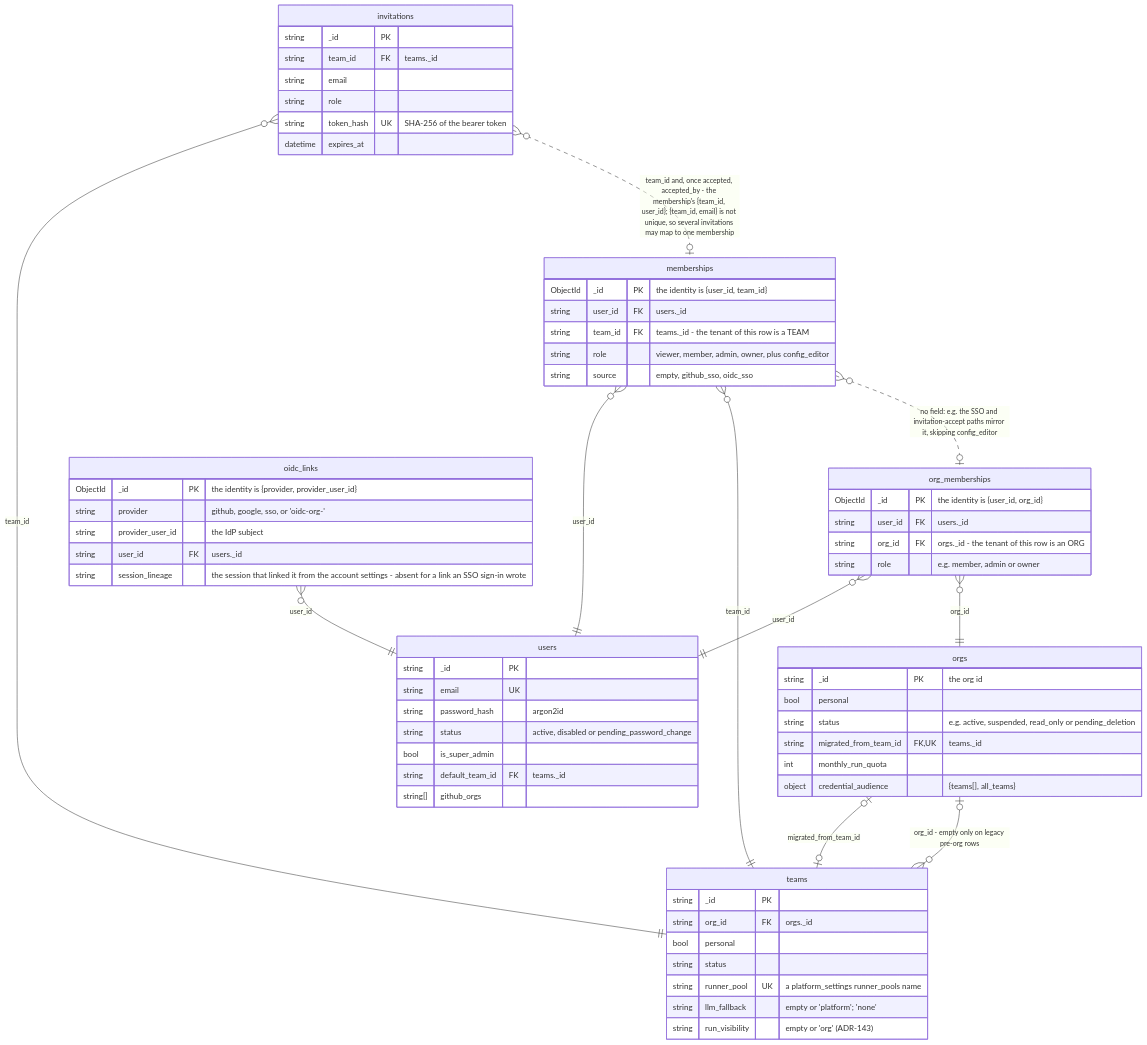
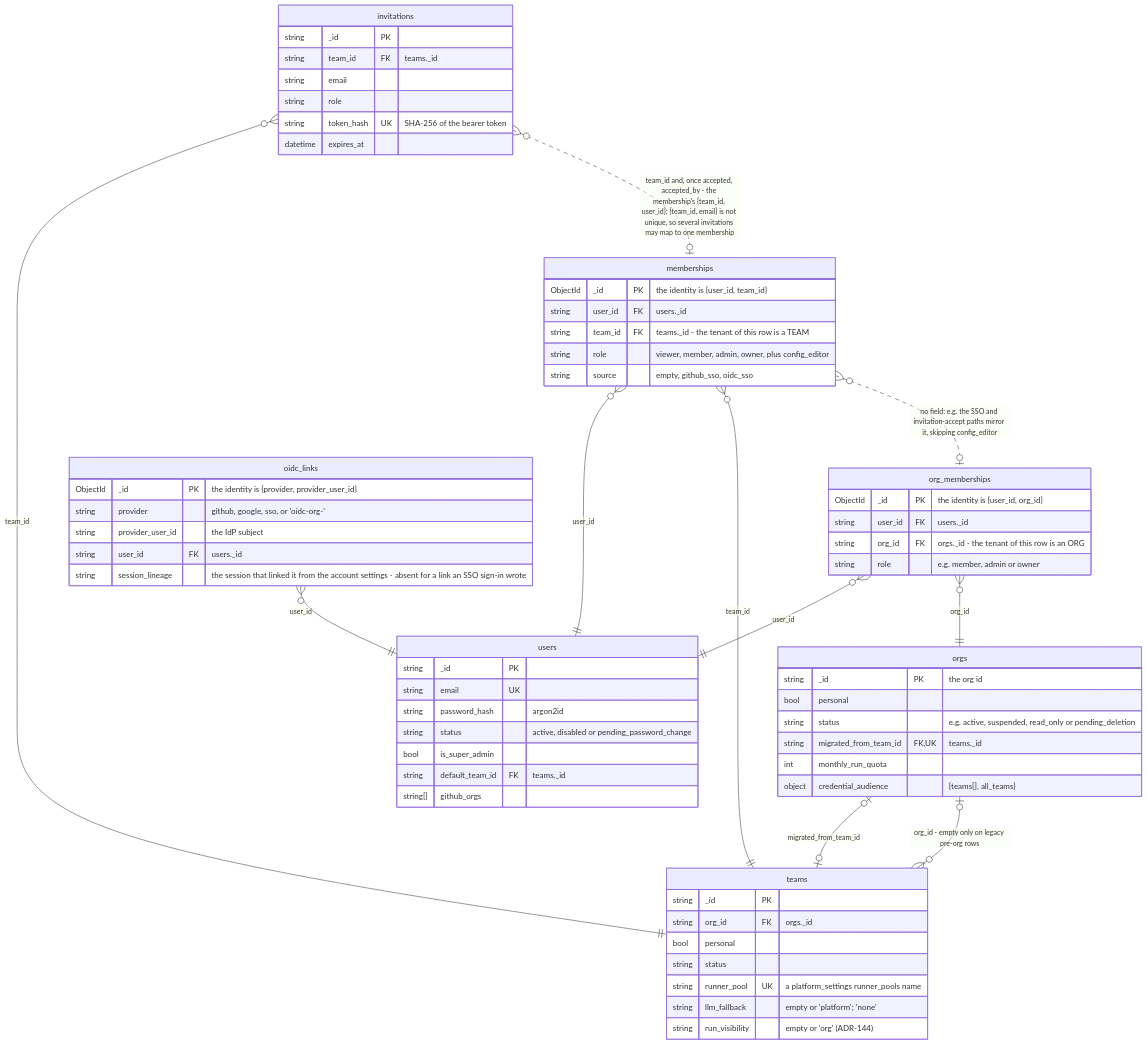
The first of 3 diagrams in docs/diagrams/data-model-identity.md (SocialGouv/iterion), drawn with Mermaid before and after one commit. The commit also changed 23 other files, not shown here.

````diff
--- a/docs/diagrams/data-model-identity.md
+++ b/docs/diagrams/data-model-identity.md
@@ -9,67 +9,67 @@
 ```mermaid
 erDiagram
     orgs {
         string _id PK "the org id"
         bool personal
         string status "e.g. active, suspended, read_only or pending_deletion"
         string migrated_from_team_id FK, UK "teams._id"
         int monthly_run_quota
         object credential_audience "{teams[], all_teams}"
     }
     teams {
         string _id PK
         string org_id FK "orgs._id"
         bool personal
         string status
         string runner_pool UK "a platform_settings runner_pools name"
         string llm_fallback "empty or 'platform'; 'none'"
-        string run_visibility "empty or 'org' (ADR-143)"
+        string run_visibility "empty or 'org' (ADR-144)"
     }
     users {
         string _id PK
         string email UK
         string password_hash "argon2id"
         string status "active, disabled or pending_password_change"
         bool is_super_admin
         string default_team_id FK "teams._id"
         string[] github_orgs
     }
     org_memberships {
         ObjectId _id PK "the identity is {user_id, org_id}"
         string user_id FK "users._id"
         string org_id FK "orgs._id - the tenant of this row is an ORG"
         string role "e.g. member, admin or owner"
     }
     memberships {
         ObjectId _id PK "the identity is {user_id, team_id}"
         string user_id FK "users._id"
         string team_id FK "teams._id - the tenant of this row is a TEAM"
         string role "viewer, member, admin, owner, plus config_editor"
         string source "empty, github_sso, oidc_sso"
     }
     invitations {
         string _id PK
         string team_id FK "teams._id"
         string email
         string role
         string token_hash UK "SHA-256 of the bearer token"
         datetime expires_at
     }
     oidc_links {
         ObjectId _id PK "the identity is {provider, provider_user_id}"
         string provider "github, google, sso, or 'oidc-org-<provider id>'"
         string provider_user_id "the IdP subject"
         string user_id FK "users._id"
         string session_lineage "the session that linked it from the account settings - absent for a link an SSO sign-in wrote"
     }
     teams }o--o| orgs : "org_id - empty only on legacy pre-org rows"
     orgs |o--o| teams : "migrated_from_team_id"
     org_memberships }o--|| users : "user_id"
     org_memberships }o--|| orgs : "org_id"
     memberships }o--|| users : "user_id"
     memberships }o--|| teams : "team_id"
     memberships }o..o| org_memberships : "no field: e.g. the SSO and invitation-accept paths mirror it, skipping config_editor"
     invitations }o--|| teams : "team_id"
     invitations }o..o| memberships : "team_id and, once accepted, accepted_by - the membership's {team_id, user_id}; {team_id, email} is not unique, so several invitations may map to one membership"
     oidc_links }o--|| users : "user_id"
 ```
````
